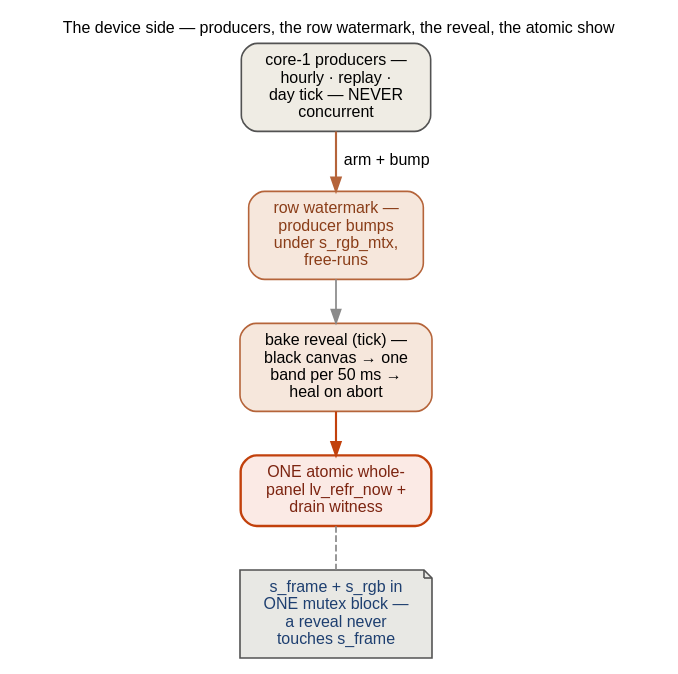
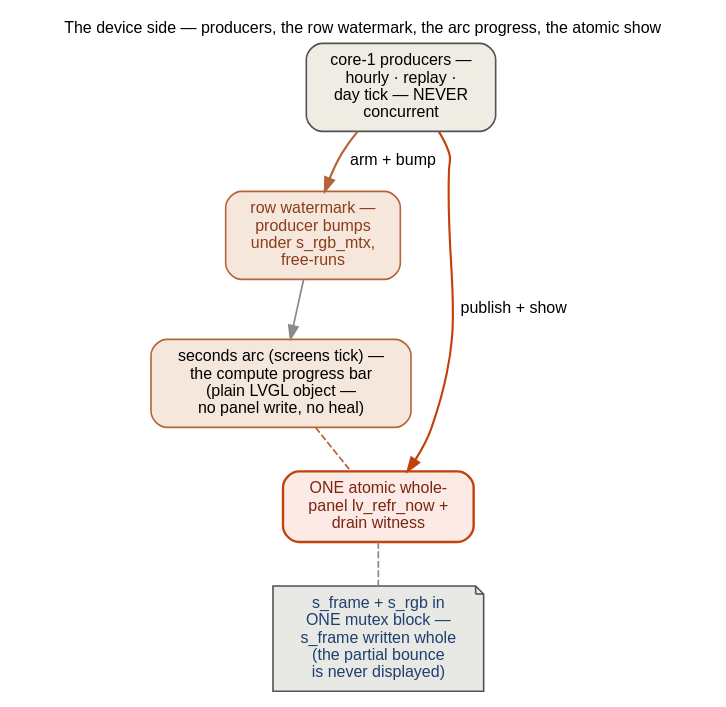
The diagram in docs/_graphs/moon-core-flow-panel.dot (ukos-git/moon-clock-esp), drawn with Graphviz before and after one commit. The commit also changed 33 other files, not shown here.

```diff
--- a/docs/_graphs/moon-core-flow-panel.dot
+++ b/docs/_graphs/moon-core-flow-panel.dot
@@ -1,43 +1,45 @@
 // The device side opened (companion to moon-core-flow.dot).
 // components/ui/moon_ui.c is the ONLY panel writer. The core-1
 // producers are NEVER concurrent — the replay gate holds the hourly
 // probe — and there are three: hourly refresh, boot replay, day tick.
 // Each producer arms the pipeline; the row watermark is bumped by the
 // producer under s_rgb_mtx and free-runs regardless of the tick. The
-// tick's bake reveal walks black canvas -> one completed band per 50 ms
-// -> heal the OLD frame on any abort (the full state machine with its
-// moon_ui.c citations is bake-reveal.dot). Publication is ONE atomic
-// whole-panel lv_refr_now under s_rgb_mtx + the drain witness — s_frame
-// is never touched by a reveal; the finished rows reach the panel as
-// s_frame + s_rgb published in ONE mutex block.
+// home/wifi screens' seconds arc reads that watermark as the compute
+// progress bar (the bake reveal retired 2026-11-24 — the arc is a plain
+// LVGL object, not a panel-write; the partial bounce is never displayed,
+// so there is no heal path). Publication is ONE atomic whole-panel
+// lv_refr_now under s_rgb_mtx + the drain witness — s_frame is written
+// whole; the finished rows reach the panel as s_frame + s_rgb published
+// in ONE mutex block.
 // FONTS: 12 pt = the page's 16 px body text at 1:1 — kept inside the
 // content column.
 // Rendered inline as SVG by sphinx.ext.graphviz (dot on PATH).
 digraph moon_core_flow_panel {
     rankdir=TB;
-    label="The device side — producers, the row watermark, the reveal, the atomic show";
+    label="The device side — producers, the row watermark, the arc progress, the atomic show";
     labelloc="t"; labeljust="c";
     fontname="Helvetica"; fontsize=12;
     graph [nodesep=0.45, ranksep=0.45];
     node [fontname="Helvetica", fontsize=12, shape=box, style="rounded,filled",
           width=0, height=0, margin="0.16,0.10", fillcolor="#f2f2ef",
           color="#525252", penwidth=1.2];
     edge [fontname="Helvetica", fontsize=12, color="#8a8a8a", penwidth=1.3];
 
     producers [label="core-1 producers —\nhourly · replay ·\nday tick — NEVER\nconcurrent",
                fillcolor="#efece4"];
     wm  [label="row watermark —\nproducer bumps\nunder s_rgb_mtx,\nfree-runs",
          fillcolor="#f6e7dc", color="#b5643a", fontcolor="#8a3d18"];
-    reveal [label="bake reveal (tick) —\nblack canvas → one\nband per 50 ms →\nheal on abort",
-            fillcolor="#f6e7dc", color="#b5643a"];
+    arc [label="seconds arc (screens tick) —\nthe compute progress bar\n(plain LVGL object —\nno panel write, no heal)",
+         fillcolor="#f6e7dc", color="#b5643a"];
     show [label="ONE atomic whole-\npanel lv_refr_now +\ndrain witness",
           fillcolor="#fbeae5", color="#c2410c", fontcolor="#7c2410", penwidth=1.8];
-    sframe [label="s_frame + s_rgb in\nONE mutex block —\na reveal never\ntouches s_frame",
+    sframe [label="s_frame + s_rgb in\nONE mutex block —\ns_frame written whole\n(the partial bounce\nis never displayed)",
             shape=note, fillcolor="#e8e8e4", color="#525252",
             fontcolor="#1e3f70"];
 
     producers -> wm [color="#b5643a", penwidth=1.6, label="arm + bump"];
-    wm -> reveal;
-    reveal -> show [color="#c2410c", penwidth=1.6];
+    wm -> arc;
+    arc -> show [style=dashed, arrowhead=none, color="#b5643a"];
+    producers -> show [color="#c2410c", penwidth=1.6, label="publish + show"];
     show -> sframe [style=dashed, arrowhead=none];
 }
```
